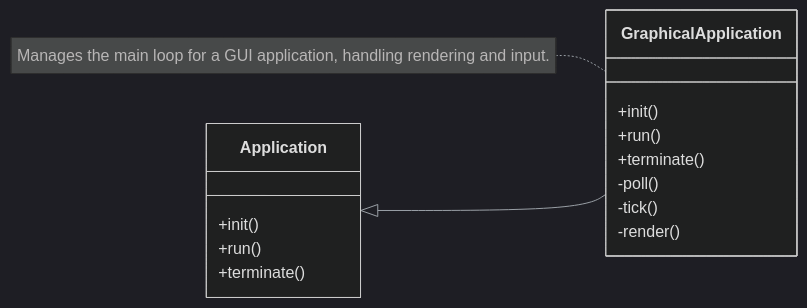
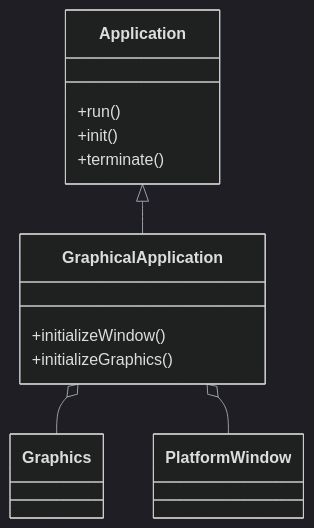
The diagram in docs/authoring/qa/graphicalapplication.mmd (lukaszj321/otcv8-dev), drawn with Mermaid before and after one commit. The commit also changed 12 other files, not shown here.

First line of the commit message:
diagramy part 3

```diff
--- a/docs/authoring/qa/graphicalapplication.mmd
+++ b/docs/authoring/qa/graphicalapplication.mmd
@@ -1,19 +1,16 @@
-%%{init: {'theme':'dark','themeVariables':{'primaryTextColor':'#ddd','lineColor':'#9aa0a6'},'securityLevel':'loose'}}%%
+%%{init: {'theme':'dark','themeVariables':{'primaryTextColor':'#ddd','lineColor':'#9aa0a6'}}}%%
 classDiagram
-    direction LR
     class Application {
+        +run()
         +init()
-        +run()
         +terminate()
     }
     class GraphicalApplication {
-        +init()
-        +run()
-        +terminate()
-        -poll()
-        -tick()
-        -render()
+        +initializeWindow()
+        +initializeGraphics()
     }
+
     Application <|-- GraphicalApplication
 
-    note for GraphicalApplication "Manages the main loop for a GUI application, handling rendering and input."
+    GraphicalApplication o-- Graphics
+    GraphicalApplication o-- PlatformWindow
```
